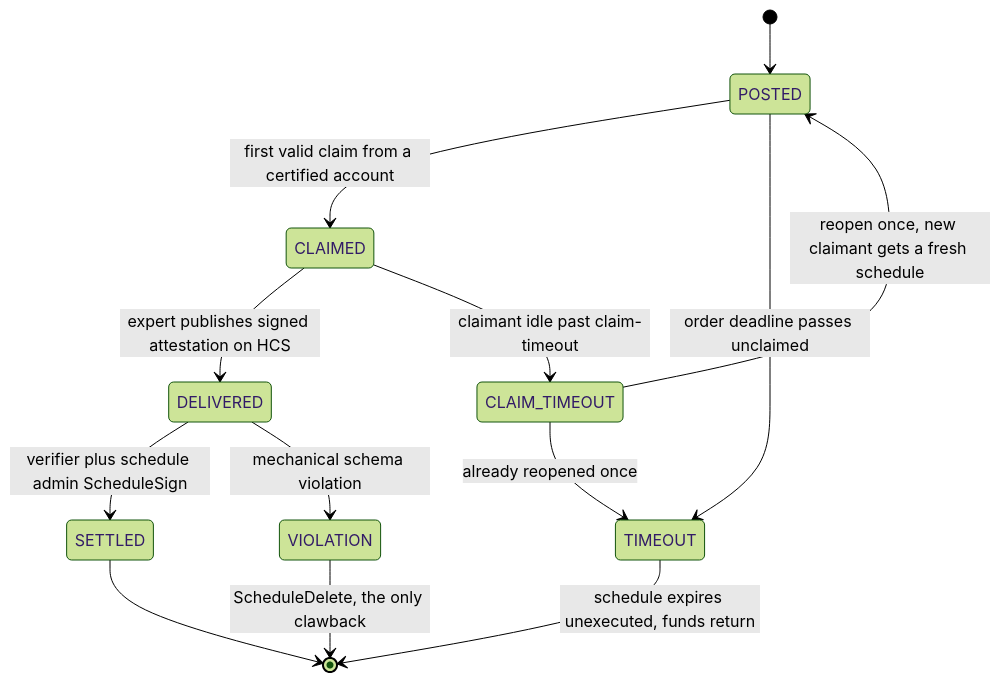
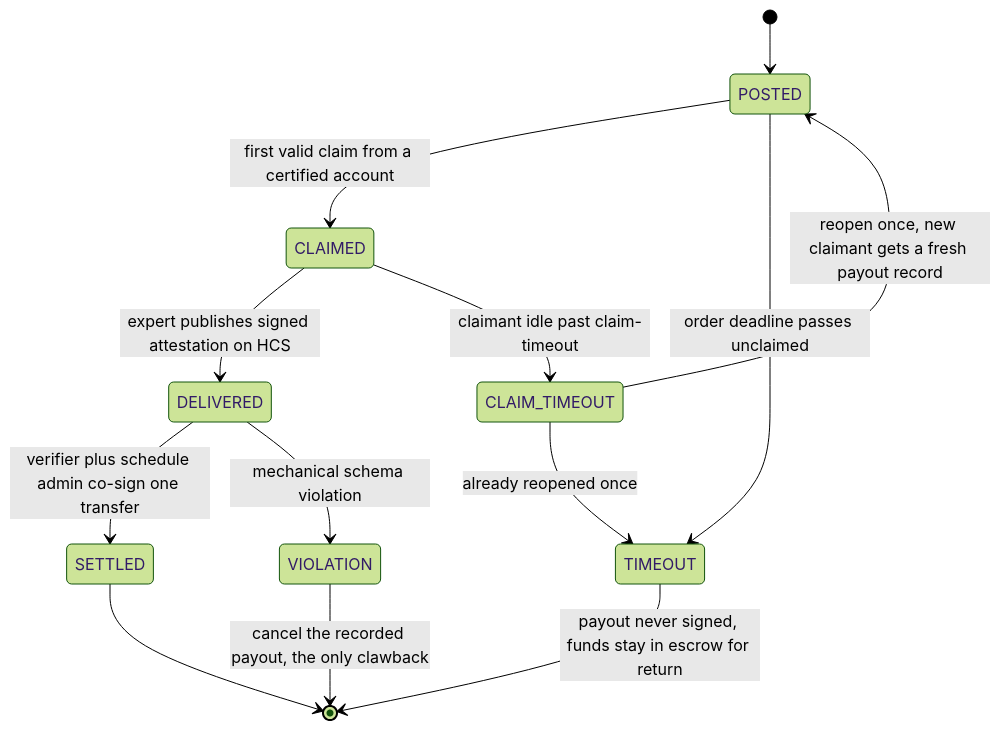
Before and after one commit to Baurjan1234/project-handoff: the second of 6 diagrams in docs/architecture.md, drawn with Mermaid (forest theme). The commit also changed other lines of this file, not shown here.

````diff
--- a/docs/architecture.md
+++ b/docs/architecture.md
@@ -70,15 +71,15 @@
 ```mermaid
 stateDiagram-v2
     [*] --> POSTED
     POSTED --> CLAIMED: first valid claim from a certified account
     POSTED --> TIMEOUT: order deadline passes unclaimed
     CLAIMED --> DELIVERED: expert publishes signed attestation on HCS
     CLAIMED --> CLAIM_TIMEOUT: claimant idle past claim-timeout
-    CLAIM_TIMEOUT --> POSTED: reopen once, new claimant gets a fresh schedule
+    CLAIM_TIMEOUT --> POSTED: reopen once, new claimant gets a fresh payout record
     CLAIM_TIMEOUT --> TIMEOUT: already reopened once
-    DELIVERED --> SETTLED: verifier plus schedule admin ScheduleSign
+    DELIVERED --> SETTLED: verifier plus schedule admin co-sign one transfer
     DELIVERED --> VIOLATION: mechanical schema violation
     SETTLED --> [*]
-    TIMEOUT --> [*]: schedule expires unexecuted, funds return
-    VIOLATION --> [*]: ScheduleDelete, the only clawback
+    TIMEOUT --> [*]: payout never signed, funds stay in escrow for return
+    VIOLATION --> [*]: cancel the recorded payout, the only clawback
 ```
````
